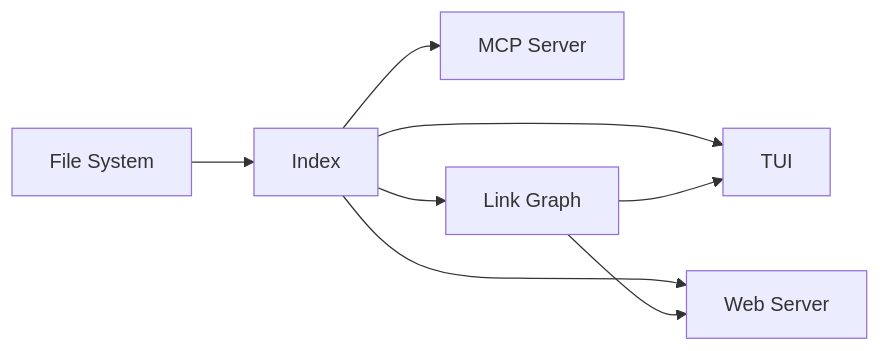
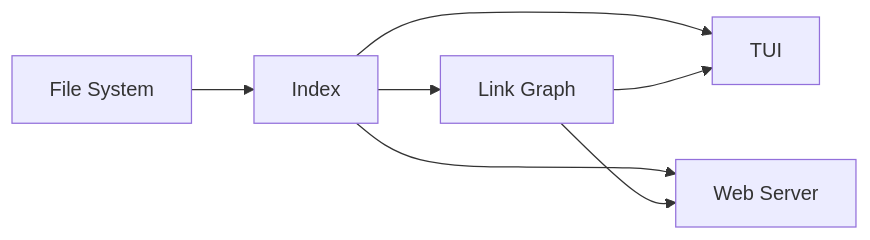
The diagram in docs/demo/architecture.md (Benjamin-Connelly/fur), drawn with Mermaid before and after one commit. The commit also changed other lines of this file and 3 other files, not shown here.

````diff
--- a/docs/demo/architecture.md
+++ b/docs/demo/architecture.md
@@ -16,10 +13,9 @@
 ```mermaid
 graph LR
     A[File System] --> B[Index]
     B --> C[TUI]
     B --> D[Web Server]
-    B --> E[MCP Server]
     B --> F[Link Graph]
     F --> C
     F --> D
 ```
````
